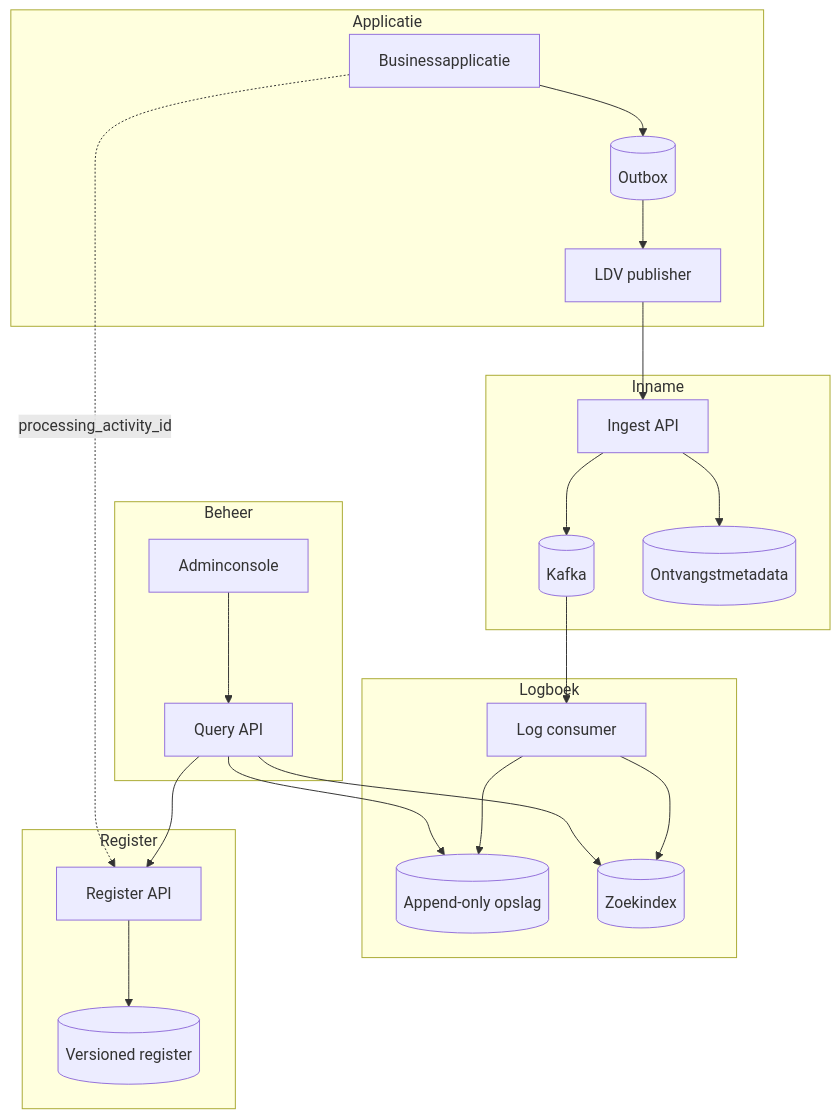
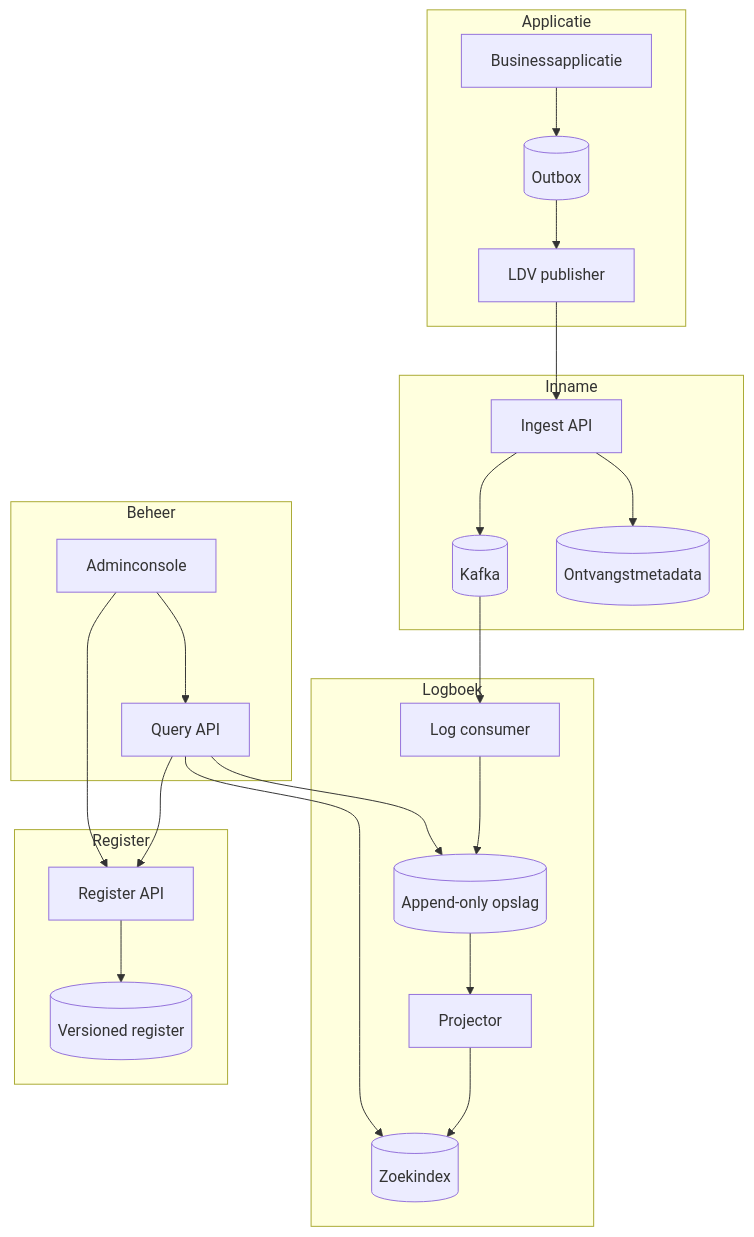
The diagram in docs/architecture/overview.md (rvdkimmenade/pd-logdataverwerking), drawn with Mermaid before and after one commit. The commit also changed other lines of this file and 30 other files, not shown here.

````diff
--- a/docs/architecture/overview.md
+++ b/docs/architecture/overview.md
@@ -26,27 +26,28 @@
 ```mermaid
 flowchart TB
   subgraph Applicatie
     A[Businessapplicatie] --> O[(Outbox)]
     O --> P[LDV publisher]
   end
   subgraph Inname
     P --> G[Ingest API]
     G --> K[(Kafka)]
     G --> M[(Ontvangstmetadata)]
   end
   subgraph Logboek
     K --> C[Log consumer]
     C --> D[(Append-only opslag)]
-    C --> I[(Zoekindex)]
+    D --> P2[Projector]
+    P2 --> I[(Zoekindex)]
   end
   subgraph Register
     R[Register API] --> RDB[(Versioned register)]
   end
   subgraph Beheer
     UI[Adminconsole] --> Q[Query API]
     Q --> I
     Q --> D
     Q --> R
+    UI --> R
   end
-  A -. processing_activity_id .-> R
 ```
````
